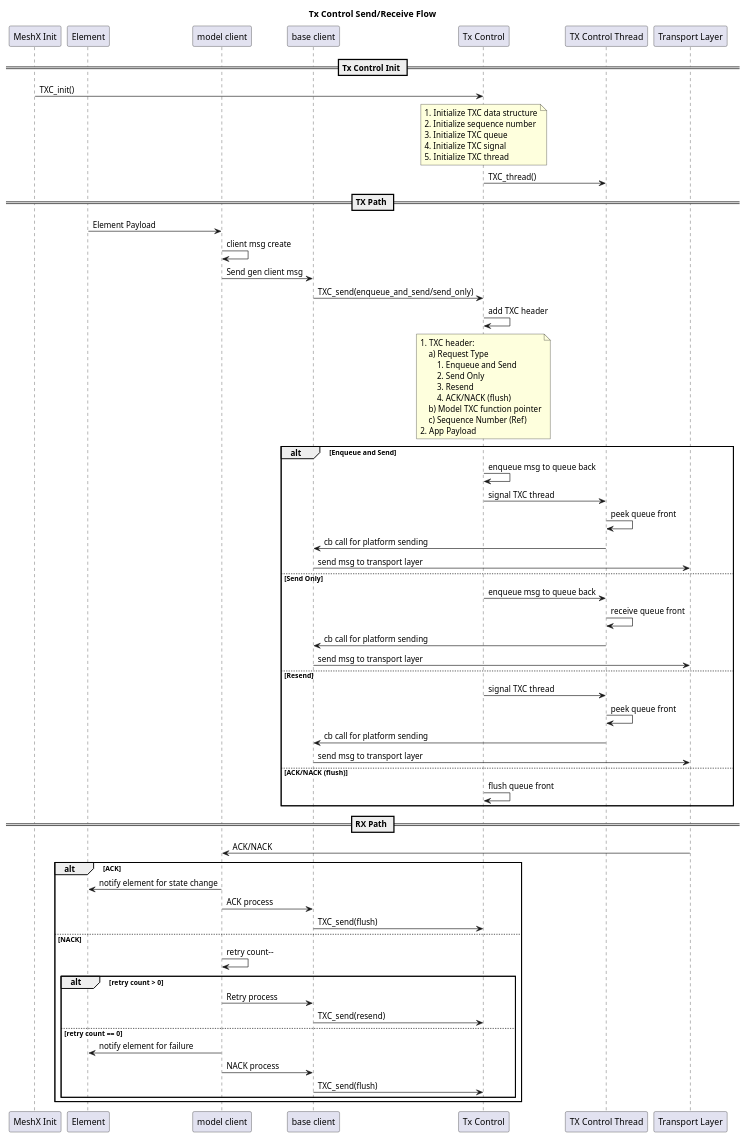
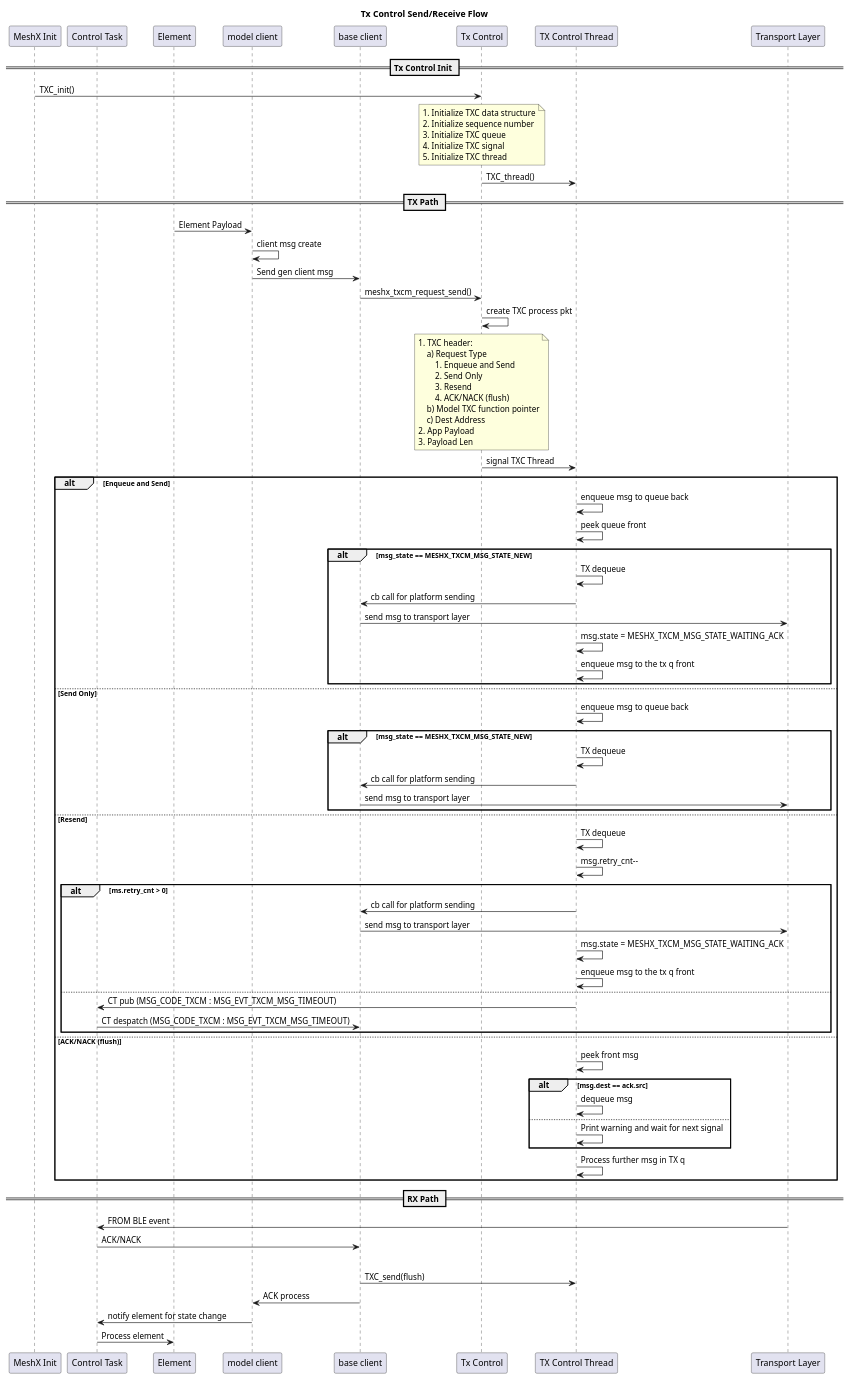
The diagram in docs/uml_diag/meshx/meshx_txc.wsd (pranjalchanda08/MeshX), drawn with PlantUML before and after one commit. The commit also changed 5 other files, not shown here.

Commit message:
TXCM Gen Client Tested TXCM no duplicate queue tested

```diff
--- a/docs/uml_diag/meshx/meshx_txc.wsd
+++ b/docs/uml_diag/meshx/meshx_txc.wsd
@@ -1,80 +1,93 @@
 @startuml meshx_txc
 
 title "Tx Control Send/Receive Flow"
 
 participant "MeshX Init" as MI
+participant "Control Task" as CT
 participant "Element" as EL
 participant "model client" as MC
 participant "base client" as BC
 participant "Tx Control" as TXC
 participant "TX Control Thread" as TXCT
 participant "Transport Layer" as TL
 
 == Tx Control Init ==
 MI -> TXC: TXC_init()
 note over TXC
     1. Initialize TXC data structure
     2. Initialize sequence number
     3. Initialize TXC queue
     4. Initialize TXC signal
     5. Initialize TXC thread
 end note
 TXC -> TXCT: TXC_thread()
 
 == TX Path ==
 EL -> MC: Element Payload
 MC -> MC: client msg create
 MC -> BC: Send gen client msg
-BC -> TXC: TXC_send(enqueue_and_send/send_only)
-TXC -> TXC: add TXC header
+BC -> TXC: meshx_txcm_request_send()
+TXC -> TXC: create TXC process pkt
 note over TXC
     1. TXC header:
         a) Request Type
             1. Enqueue and Send
             2. Send Only
             3. Resend
             4. ACK/NACK (flush)
         b) Model TXC function pointer
-        c) Sequence Number (Ref)
+        c) Dest Address
     2. App Payload
+    3. Payload Len
 end note
 
+TXC -> TXCT : signal TXC Thread
+
 alt Enqueue and Send
-    TXC -> TXC: enqueue msg to queue back
-    TXC -> TXCT: signal TXC thread
+    TXCT -> TXCT: enqueue msg to queue back
     TXCT -> TXCT: peek queue front
-    TXCT -> BC: cb call for platform sending
-    BC -> TL: send msg to transport layer
+    alt msg_state == MESHX_TXCM_MSG_STATE_NEW
+        TXCT -> TXCT : TX dequeue
+        TXCT -> BC: cb call for platform sending
+        BC -> TL: send msg to transport layer
+        TXCT -> TXCT : msg.state = MESHX_TXCM_MSG_STATE_WAITING_ACK
+        TXCT -> TXCT : enqueue msg to the tx q front
+    end
 else Send Only
-    TXC -> TXCT: enqueue msg to queue back
-    TXCT -> TXCT: receive queue front
-    TXCT -> BC: cb call for platform sending
-    BC -> TL: send msg to transport layer
+    TXCT -> TXCT: enqueue msg to queue back
+    alt msg_state == MESHX_TXCM_MSG_STATE_NEW
+        TXCT -> TXCT : TX dequeue
+        TXCT -> BC: cb call for platform sending
+        BC -> TL: send msg to transport layer
+    end
 else Resend
-    TXC -> TXCT: signal TXC thread
-    TXCT -> TXCT: peek queue front
-    TXCT -> BC: cb call for platform sending
-    BC -> TL: send msg to transport layer
+    TXCT -> TXCT: TX dequeue
+    TXCT -> TXCT: msg.retry_cnt--
+    alt ms.retry_cnt > 0
+        TXCT -> BC: cb call for platform sending
+        BC -> TL: send msg to transport layer
+        TXCT -> TXCT : msg.state = MESHX_TXCM_MSG_STATE_WAITING_ACK
+        TXCT -> TXCT : enqueue msg to the tx q front
+    else
+        TXCT -> CT : CT pub (MSG_CODE_TXCM : MSG_EVT_TXCM_MSG_TIMEOUT)
+        CT -> BC : CT despatch (MSG_CODE_TXCM : MSG_EVT_TXCM_MSG_TIMEOUT)
+    end
 else ACK/NACK (flush)
-    TXC -> TXC: flush queue front
+    TXCT -> TXCT: peek front msg
+    alt msg.dest == ack.src
+        TXCT -> TXCT: dequeue msg
+    else
+        TXCT -> TXCT: Print warning and wait for next signal
+    end
+    TXCT -> TXCT: Process further msg in TX q
 end
 
 == RX Path ==
-TL -> MC: ACK/NACK
+TL -> CT: FROM BLE event
+CT -> BC: ACK/NACK
 alt ACK
-    MC -> EL: notify element for state change
-    MC -> BC: ACK process
-    BC -> TXC: TXC_send(flush)
-else NACK
-    MC -> MC: retry count--
-    alt retry count > 0
-        MC -> BC: Retry process
-        BC -> TXC: TXC_send(resend)
-    else retry count == 0
-        MC -> EL: notify element for failure
-        MC -> BC: NACK process
-        BC -> TXC: TXC_send(flush)
-    end
-end
-
+    BC -> TXCT: TXC_send(flush)
+    BC -> MC: ACK process
+    MC -> CT: notify element for state change
+CT -> EL: Process element
 @enduml
```
